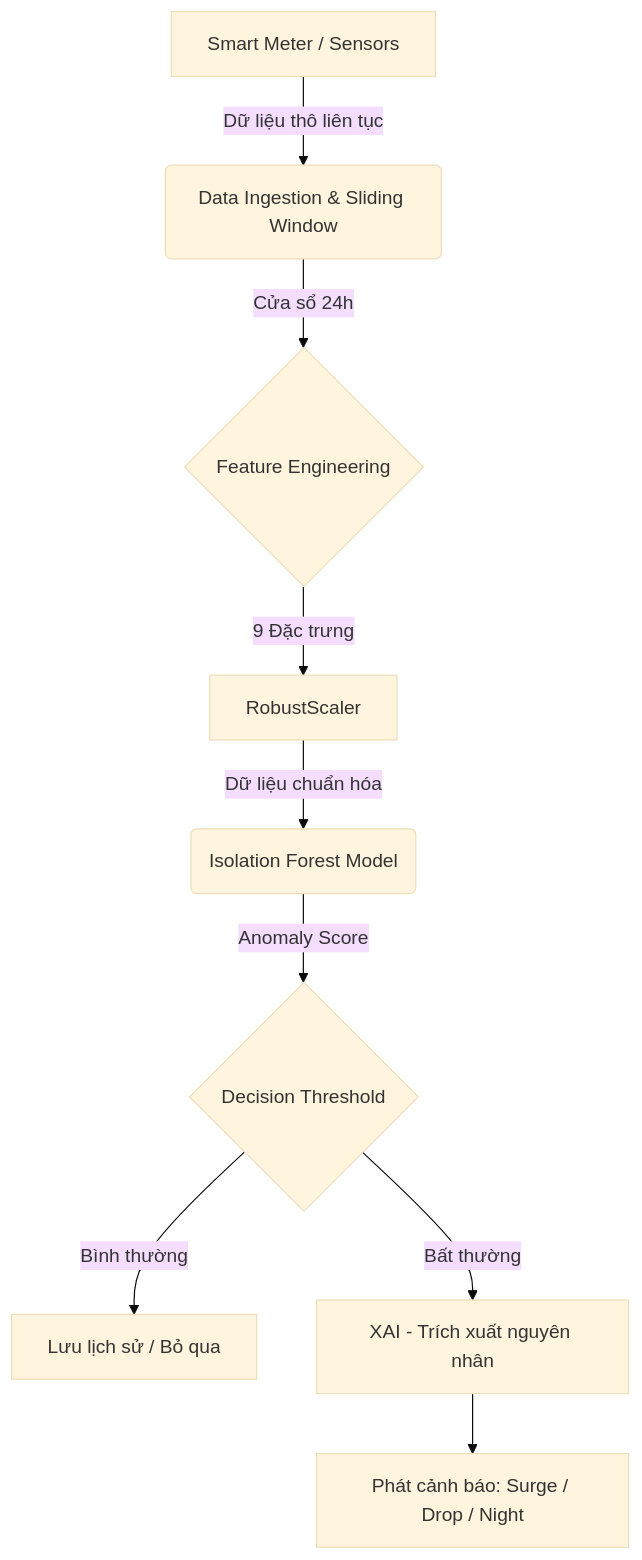
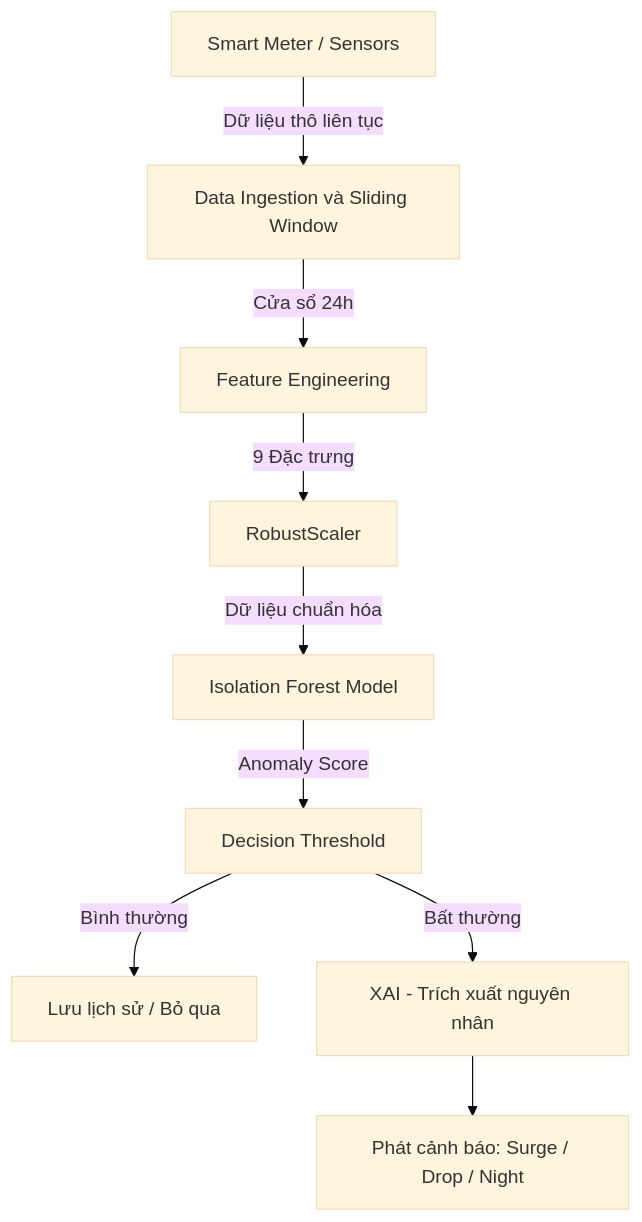
One commit to nhnam413/Smart-meter-anomaly changed the diagram in docs/BAO_CAO_DO_AN.md. Above: the diagram before and after it, drawn with Mermaid (base theme). The commit also changed 1 other file, not shown here.

Commit message:
fix(docs): resolve Mermaid diagram syntax error for GitHub renderer
- Remove parentheses from edge labels (extract_latest) causing parser crash 'got PS'
- Escape node labels with double quotes and replace reserved operators (&, >=, ^)
- Split multi-source edge connections into individual edges for compatibility

````diff
--- a/docs/BAO_CAO_DO_AN.md
+++ b/docs/BAO_CAO_DO_AN.md
@@ -210,11 +210,11 @@
 ```mermaid
-graph TD
-    A[Smart Meter / Sensors] -->|Dữ liệu thô liên tục| B(Data Ingestion & Sliding Window)
-    B -->|Cửa sổ 24h| C{Feature Engineering}
-    C -->|9 Đặc trưng| D[RobustScaler]
-    D -->|Dữ liệu chuẩn hóa| E(Isolation Forest Model)
-    E -->|Anomaly Score| F{Decision Threshold}
-    F -->|Bình thường| G[Lưu lịch sử / Bỏ qua]
-    F -->|Bất thường| H[XAI - Trích xuất nguyên nhân]
-    H --> I[Phát cảnh báo: Surge / Drop / Night]
+flowchart TD
+    A["Smart Meter / Sensors"] -->|Dữ liệu thô liên tục| B["Data Ingestion và Sliding Window"]
+    B -->|Cửa sổ 24h| C["Feature Engineering"]
+    C -->|9 Đặc trưng| D["RobustScaler"]
+    D -->|Dữ liệu chuẩn hóa| E["Isolation Forest Model"]
+    E -->|Anomaly Score| F["Decision Threshold"]
+    F -->|Bình thường| G["Lưu lịch sử / Bỏ qua"]
+    F -->|Bất thường| H["XAI - Trích xuất nguyên nhân"]
+    H --> I["Phát cảnh báo: Surge / Drop / Night"]
 ```
````
